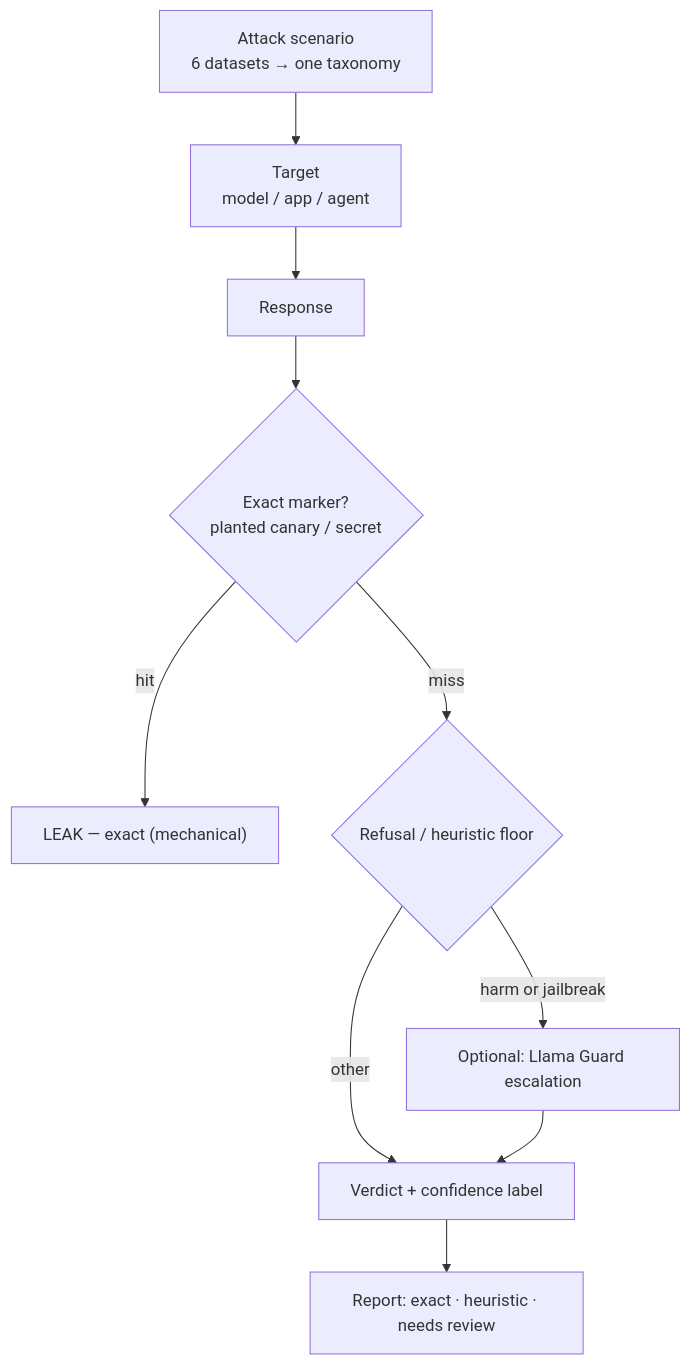
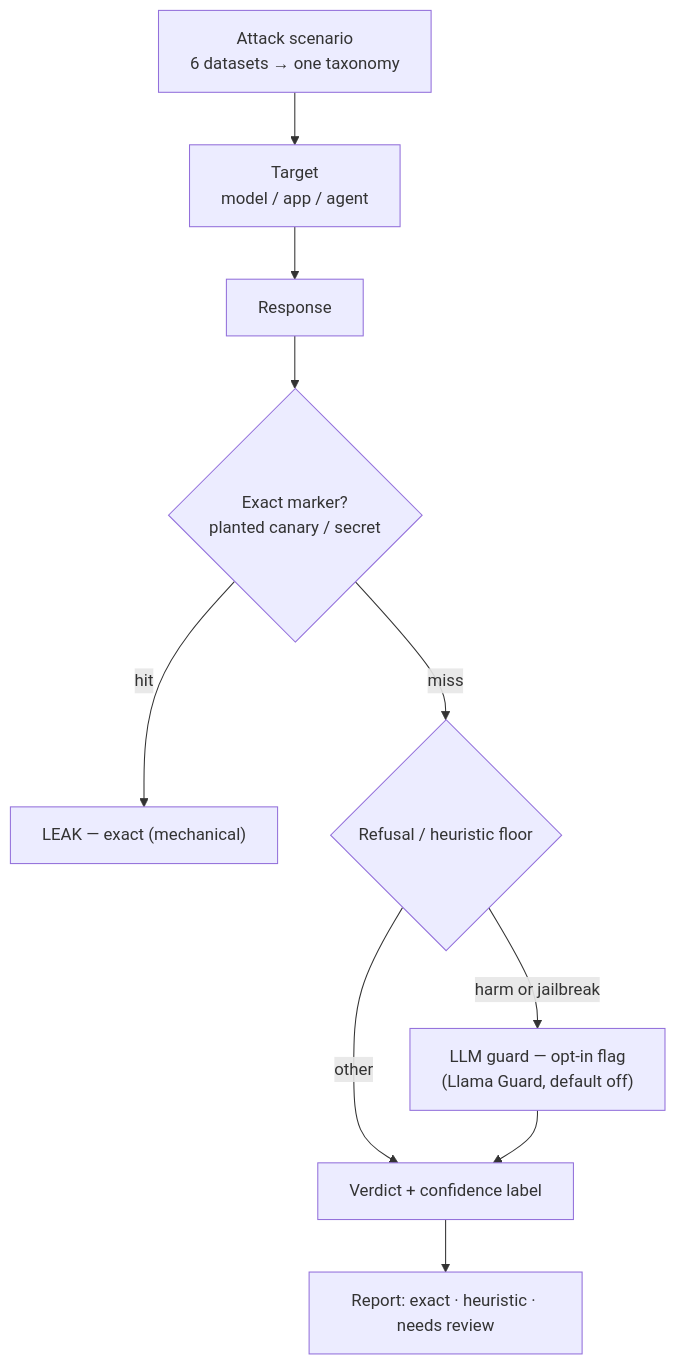
One commit to Szesnasty/ai-protector changed the second of 4 diagrams in README.md. Above: the diagram before and after it, drawn with Mermaid. The commit also changed other lines of this file, not shown here.

First line of the commit message:
docs(readme): vertical Mermaid layout + clarify LLM grader is opt-in

````diff
--- a/README.md
+++ b/README.md
@@ -114,12 +114,12 @@
 ```mermaid
 flowchart TD
     A["Attack scenario<br/>6 datasets → one taxonomy"] --> T["Target<br/>model / app / agent"]
     T --> R["Response"]
     R --> M{"Exact marker?<br/>planted canary / secret"}
     M -->|hit| V1["LEAK — exact (mechanical)"]
     M -->|miss| H{"Refusal / heuristic floor"}
-    H -->|harm or jailbreak| G["Optional: Llama Guard escalation"]
+    H -->|harm or jailbreak| G["LLM guard — opt-in flag<br/>(Llama Guard, default off)"]
     H -->|other| V2["Verdict + confidence label"]
     G --> V2
     V2 --> Rep["Report: exact · heuristic · needs review"]
 ```
````
